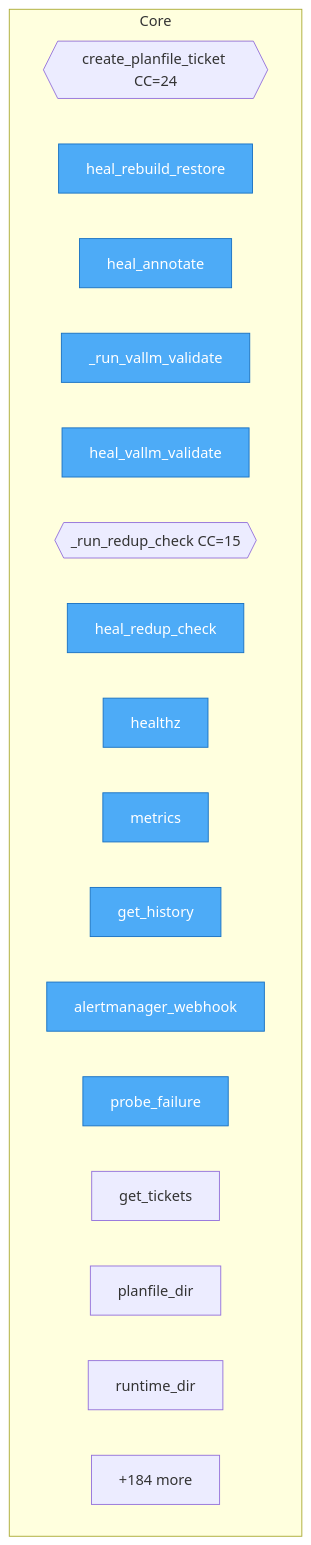
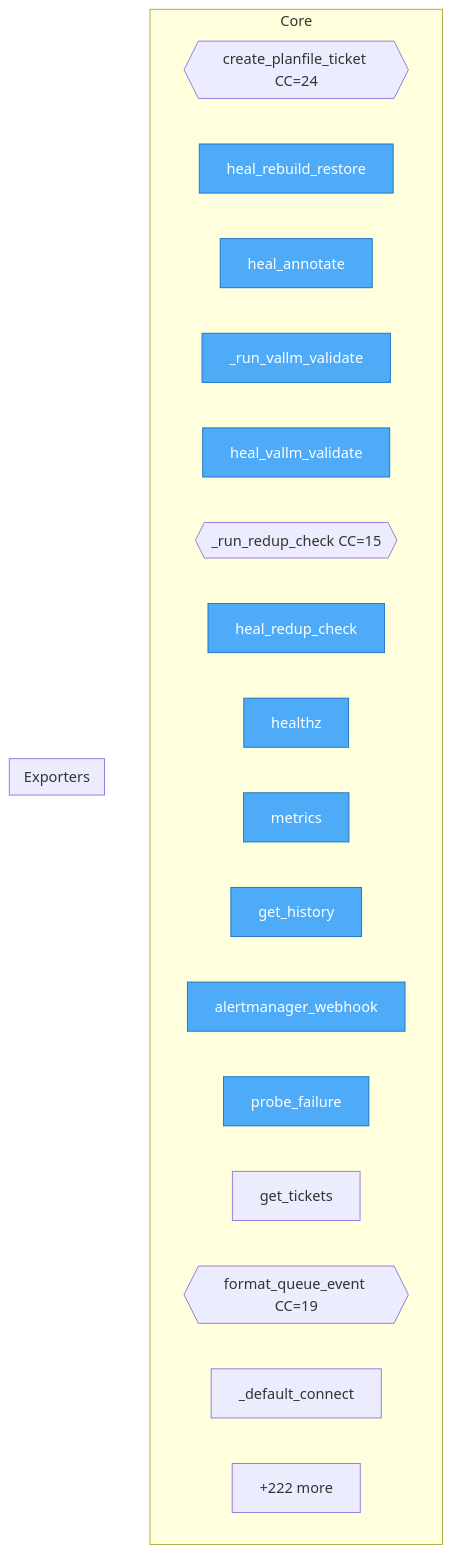
Before and after one commit to semcod/koru: the diagram in project/flow.mmd, drawn with Mermaid. The commit also changed 19 other files, not shown here.

```diff
--- a/project/flow.mmd
+++ b/project/flow.mmd
@@ -1,26 +1,29 @@
 flowchart TD
 %% generated in 0.01s
 
     %% Entry points (blue)
     classDef entry fill:#4dabf7,stroke:#1971c2,color:#fff
 
     subgraph Core
         services__healing_webhook__app__create_planfile_ticket{{create_planfile_ticket CC=24}}
         services__healing_webhook__app__heal_rebuild_restore["heal_rebuild_restore"]
         services__healing_webhook__app__heal_annotate["heal_annotate"]
         services__healing_webhook__app___run_vallm_validate["_run_vallm_validate"]
         services__healing_webhook__app__heal_vallm_validate["heal_vallm_validate"]
         services__healing_webhook__app___run_redup_check{{_run_redup_check CC=15}}
         services__healing_webhook__app__heal_redup_check["heal_redup_check"]
         services__healing_webhook__app__healthz["healthz"]
         services__healing_webhook__app__metrics["metrics"]
         services__healing_webhook__app__get_history["get_history"]
         services__healing_webhook__app__alertmanager_webhook["alertmanager_webhook"]
         services__healing_webhook__app__probe_failure["probe_failure"]
         services__healing_webhook__app__get_tickets["get_tickets"]
-        src__koru__runtime__planfile_dir["planfile_dir"]
-        src__koru__runtime__runtime_dir["runtime_dir"]
-        ...["+184 more"]
+        src__koru__watch__format_queue_event{{format_queue_event CC=19}}
+        src__koru__watch___default_connect["_default_connect"]
+        ...["+222 more"]
+    end
+
+    subgraph Exporters
     end
 
     class services__healing_webhook__app__heal_rebuild_restore,services__healing_webhook__app__heal_annotate,services__healing_webhook__app___run_vallm_validate,services__healing_webhook__app__heal_vallm_validate,services__healing_webhook__app__heal_redup_check,services__healing_webhook__app__healthz,services__healing_webhook__app__metrics,services__healing_webhook__app__get_history,services__healing_webhook__app__alertmanager_webhook,services__healing_webhook__app__probe_failure entry
```
